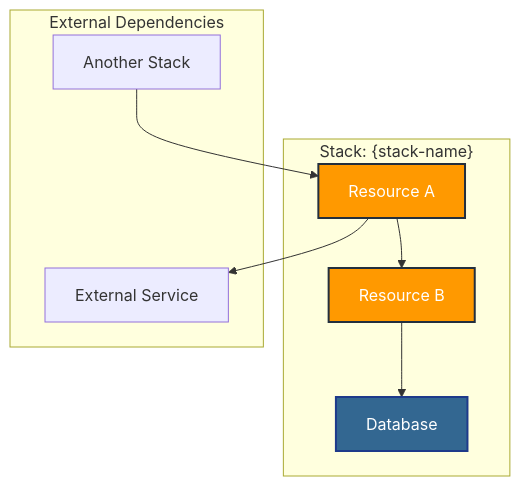
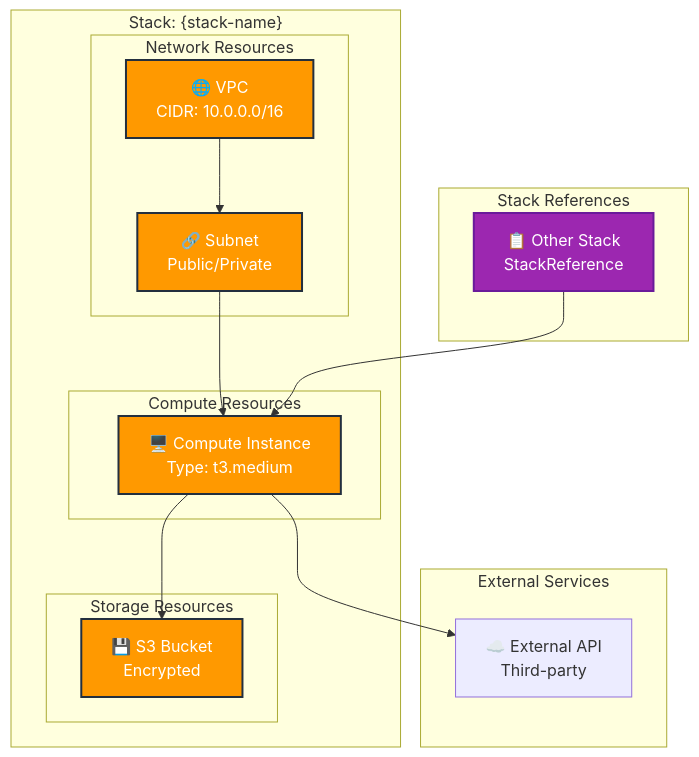
Before and after one commit to Elisabeth-Team/Architecture-Diagrams: the diagram in templates/stack-template.md, drawn with Mermaid. The commit also changed 9 other files, not shown here.

Commit message:
Update architecture diagrams with AWS icons and infrastructure focus

````diff
--- a/templates/stack-template.md
+++ b/templates/stack-template.md
@@ -17,28 +17,47 @@
 ```mermaid
 graph TB
-    %% Define styles
-    classDef aws fill:#FF9900,stroke:#232F3E,stroke-width:2px,color:#fff
-    classDef gcp fill:#4285F4,stroke:#1a73e8,stroke-width:2px,color:#fff
-    classDef azure fill:#0078D4,stroke:#005a9e,stroke-width:2px,color:#fff
+    %% Define cloud provider icon styles
+    classDef awsCompute fill:#FF9900,stroke:#232F3E,stroke-width:2px,color:#fff
+    classDef awsNetwork fill:#FF9900,stroke:#232F3E,stroke-width:2px,color:#fff
+    classDef awsStorage fill:#FF9900,stroke:#232F3E,stroke-width:2px,color:#fff
+    classDef awsDatabase fill:#FF9900,stroke:#232F3E,stroke-width:2px,color:#fff
+    classDef awsSecurity fill:#FF9900,stroke:#232F3E,stroke-width:2px,color:#fff
+    classDef gcpCompute fill:#4285F4,stroke:#1a73e8,stroke-width:2px,color:#fff
+    classDef gcpNetwork fill:#4285F4,stroke:#1a73e8,stroke-width:2px,color:#fff
+    classDef gcpStorage fill:#4285F4,stroke:#1a73e8,stroke-width:2px,color:#fff
+    classDef azureCompute fill:#0078D4,stroke:#005a9e,stroke-width:2px,color:#fff
+    classDef azureNetwork fill:#0078D4,stroke:#005a9e,stroke-width:2px,color:#fff
     classDef k8s fill:#326CE5,stroke:#1e3a8a,stroke-width:2px,color:#fff
-    classDef db fill:#336791,stroke:#1e3a8a,stroke-width:2px,color:#fff
-    classDef lb fill:#28A745,stroke:#155724,stroke-width:2px,color:#fff
-    classDef storage fill:#FFC107,stroke:#856404,stroke-width:2px,color:#000
-    
+    classDef stackref fill:#9C27B0,stroke:#6A1B9A,stroke-width:2px,color:#fff
+
     %% Example structure - replace with actual resources
     subgraph "Stack: {stack-name}"
-        A[Resource A]:::aws
-        B[Resource B]:::aws
-        C[Database]:::db
+        subgraph "Compute Resources"
+            COMPUTE["🖥️ Compute Instance<br/>Type: t3.medium"]:::awsCompute
+        end
+        
+        subgraph "Network Resources"
+            VPC["🌐 VPC<br/>CIDR: 10.0.0.0/16"]:::awsNetwork
+            SUBNET["🔗 Subnet<br/>Public/Private"]:::awsNetwork
+        end
+        
+        subgraph "Storage Resources"
+            STORAGE["💾 S3 Bucket<br/>Encrypted"]:::awsStorage
+        end
     end
-    
-    subgraph "External Dependencies"
-        D[External Service]
-        E[Another Stack]
+
+    subgraph "Stack References"
+        STACKREF["📋 Other Stack<br/>StackReference"]:::stackref
     end
-    
-    A --> B
-    B --> C
-    A --> D
-    E --> A
+
+    subgraph "External Services"
+        EXTERNAL["☁️ External API<br/>Third-party"]
+    end
+
+    %% Infrastructure relationships
+    VPC --> SUBNET
+    SUBNET --> COMPUTE
+    COMPUTE --> STORAGE
+    STACKREF --> COMPUTE
+    COMPUTE --> EXTERNAL
 ```
````
